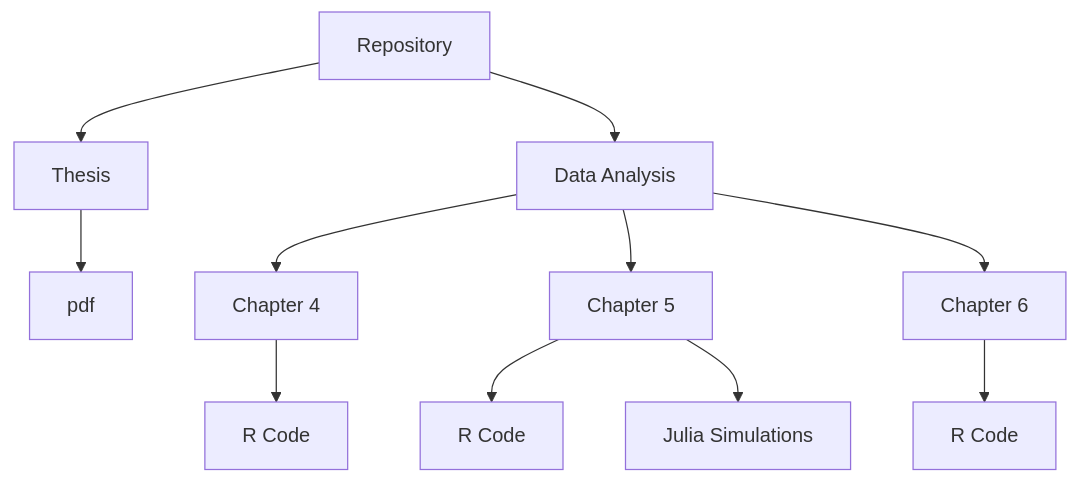
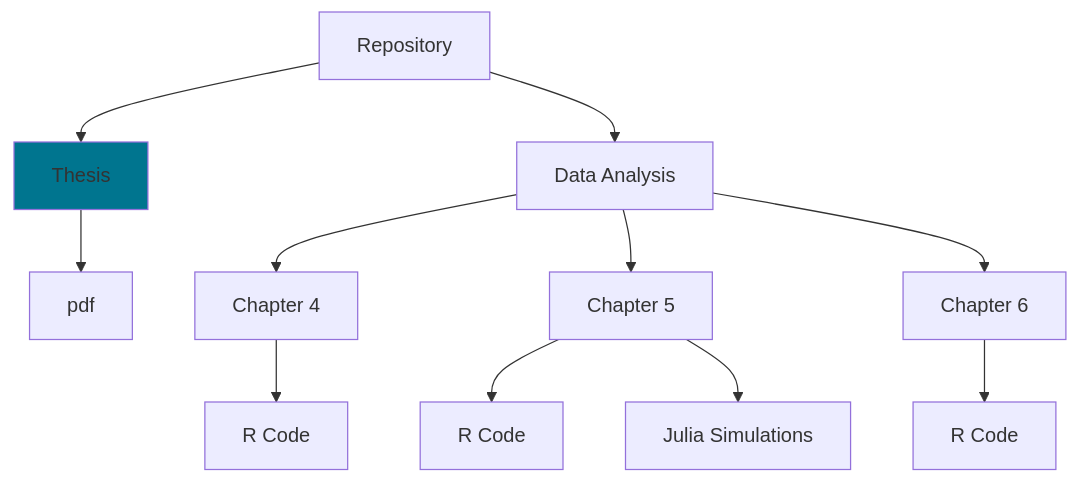
The diagram in README.md (Raquel-Montero/PhDThesis), drawn with Mermaid before and after one commit.

````diff
--- a/README.md
+++ b/README.md
@@ -6,13 +6,14 @@
 ```mermaid
 graph TD;
     A[Repository] -->B[Thesis];
     B[Thesis] -->B1[pdf];
     A[Repository]-->C[Data Analysis];
     C[Data Analysis] --> D[Chapter 4];
     D[Chapter 4] --> D1[R Code];
     C[Data Analysis] --> E[Chapter 5];
     E[Chapter 5] --> E1[R Code];
     E[Chapter 5] --> E2[Julia Simulations];
     C[Data Analysis] --> F[Chapter 6];
     F[Chapter 6] --> F1[R Code];
+style B fill:#00758f
 ```
````
